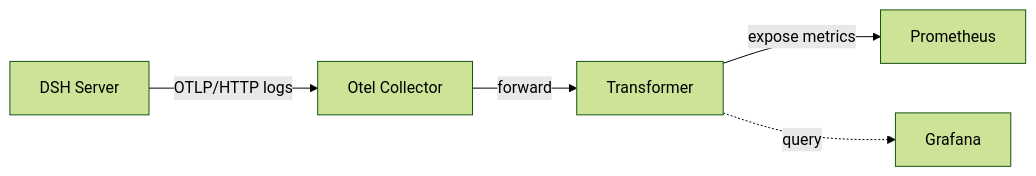
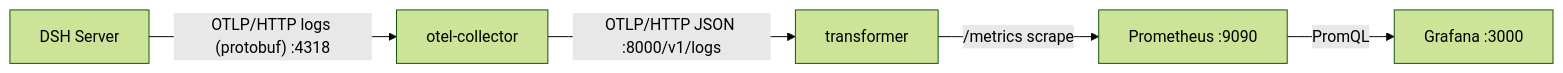
Before and after one commit to mil-software-engineer/harness-opentelemetry: the diagram in docs/architecture.md, drawn with Mermaid (forest theme). The commit also changed other lines of this file and 18 other files, not shown here.

````diff
--- a/docs/architecture.md
+++ b/docs/architecture.md
@@ -10,7 +14,7 @@
 ```mermaid
 flowchart LR
-    DSH[DSH Server] -- "OTLP/HTTP logs" --> CO[Otel Collector]
-    CO -->|forward| TR[Transformer]
-    TR -->|expose metrics| PRO[Prometheus]
-    TR -.->|query| GRAF[Grafana]
+    DSH[DSH Server] -- "OTLP/HTTP logs (protobuf) :4318" --> CO[otel-collector]
+    CO -- "OTLP/HTTP JSON :8000/v1/logs" --> TR[transformer]
+    TR -- "/metrics scrape" --> PRO[Prometheus :9090]
+    PRO -- "PromQL" --> GRAF[Grafana :3000]
 ```
````
